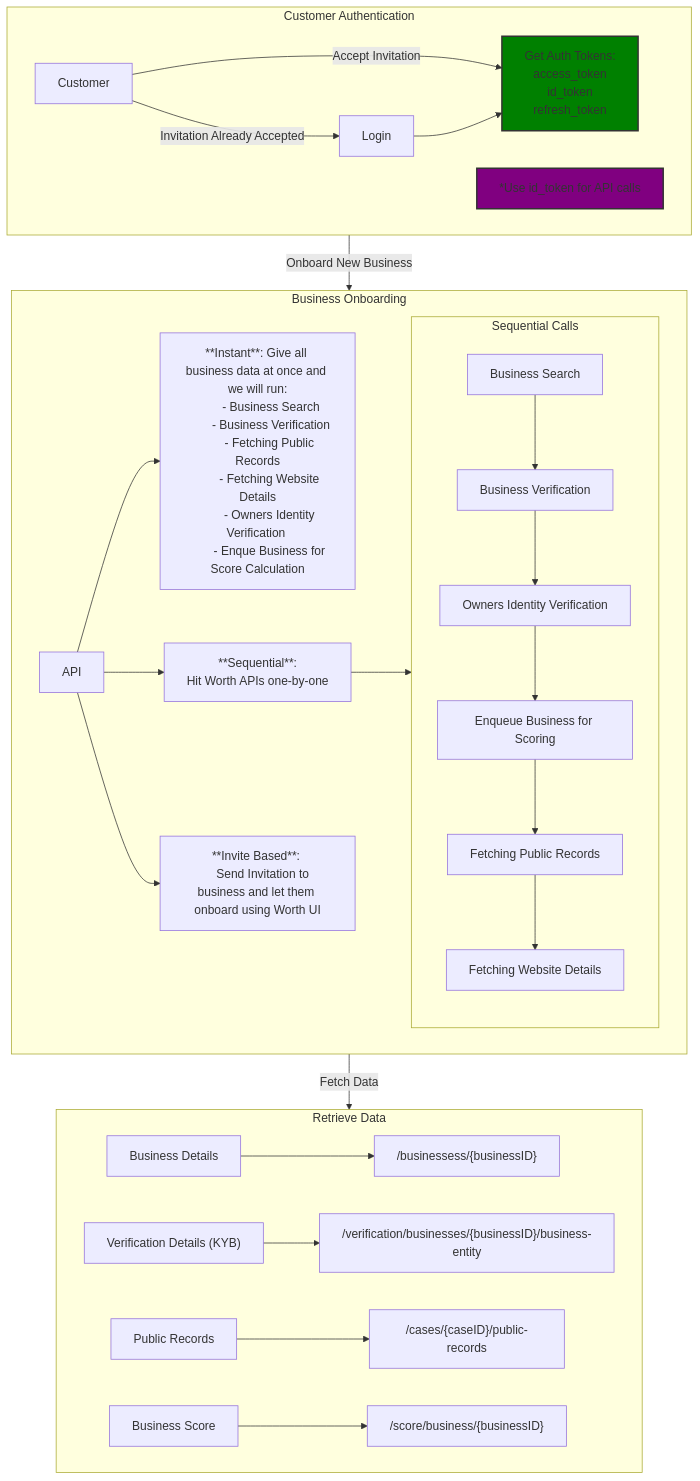
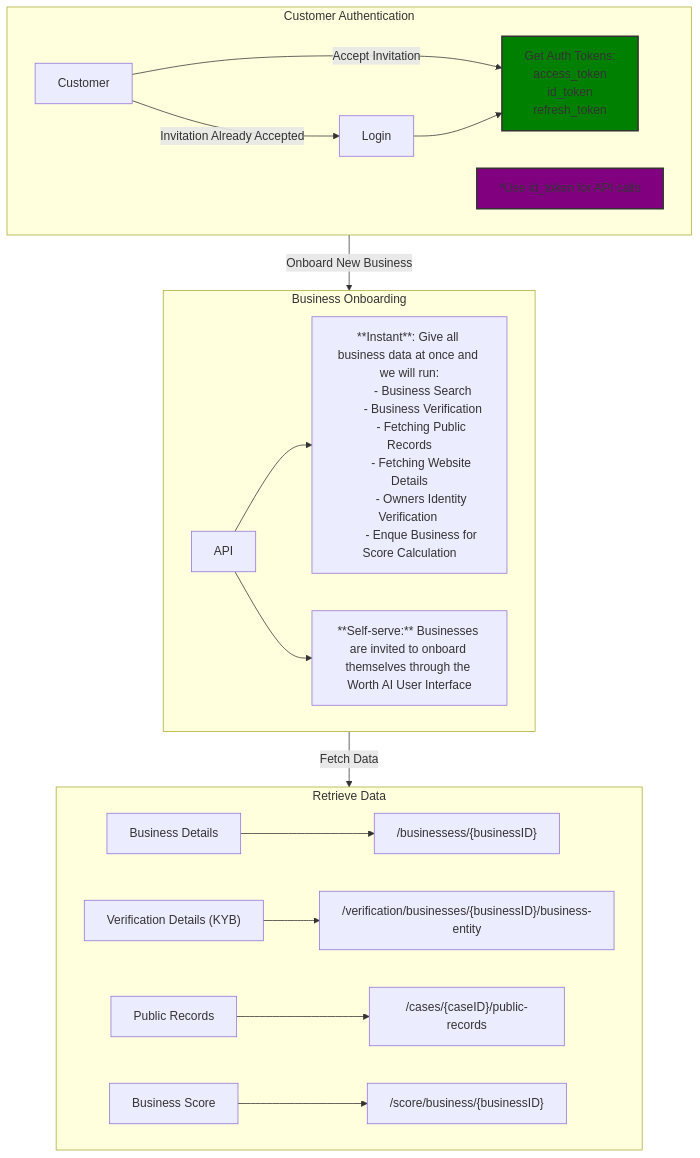
The diagram in use-cases/onboarding/overview.mdx (Miracle0524/api-docs), drawn with Mermaid before and after one commit. The commit also changed other lines of this file and 2 other files, not shown here.

````diff
--- a/use-cases/onboarding/overview.mdx
+++ b/use-cases/onboarding/overview.mdx
@@ -67,63 +48,48 @@
 ```mermaid
 flowchart TB
 
 %% Customer Section
 subgraph Customer_Auth[Customer Authentication]
     A[Customer] -->|Accept Invitation| B[
         Get Auth Tokens: 
         access_token 
         id_token 
         refresh_token
     ]
     A -->|Invitation Already Accepted| C[Login]
     C --> B
     B:::tokenStyle
     D[ *Use id_token for API calls ]:::apiTokenStyle
 end
 
 %% Connection from Customer Flow to Onboard Business
 Customer_Auth --Onboard New Business--> Onboarding
 
 %% Onboarding Section
 subgraph Onboarding [Business Onboarding]
     O[API]
     O --> P1[**Instant**: Give all business data at once and we will run:
         - Business Search
         - Business Verification
         - Fetching Public Records
         - Fetching Website Details
         - Owners Identity Verification 
         - Enque Business for Score Calculation
     ]
-    O --> P2[**Sequential**: 
-    Hit Worth APIs one-by-one]
-    O --> P3[**Invite Based**: 
-    Send Invitation to business and let them onboard using Worth UI]
-
-    %% Approach Details
-    subgraph Sequential [Sequential Calls]
-        R1[Business Search]
-        R1 --> R2[Business Verification]
-        R2 --> R3[Owners Identity Verification ]
-        R3 --> R4[Enqueue Business for Scoring]
-        R4 --> R5[Fetching Public Records]
-        R5 --> R6[Fetching Website Details ]
-
-    end
-    P2 --> Sequential
+    O --> P2[**Self-serve:** Businesses are invited to onboard themselves through the Worth AI User Interface]
 end
 
 %% Fetching data
 subgraph Fetch[Retrieve Data]
     BUS["Business Details"] --> BUS1["/businessess/{businessID}"]
     V["Verification Details (KYB)"] --> VER["/verification/businesses/{businessID}/business-entity"]
     P["Public Records"] --> PUB["/cases/{caseID}/public-records"]
     S["Business Score"] --> SCO["/score/business/{businessID}"]
 end
 
 Onboarding --Fetch Data--> Fetch
 %% Styles
 classDef tokenStyle fill:green,stroke:#333,stroke-width:2px;
 classDef apiTokenStyle fill:purple,stroke:#333,stroke-width:2px;
 
 ```
````
